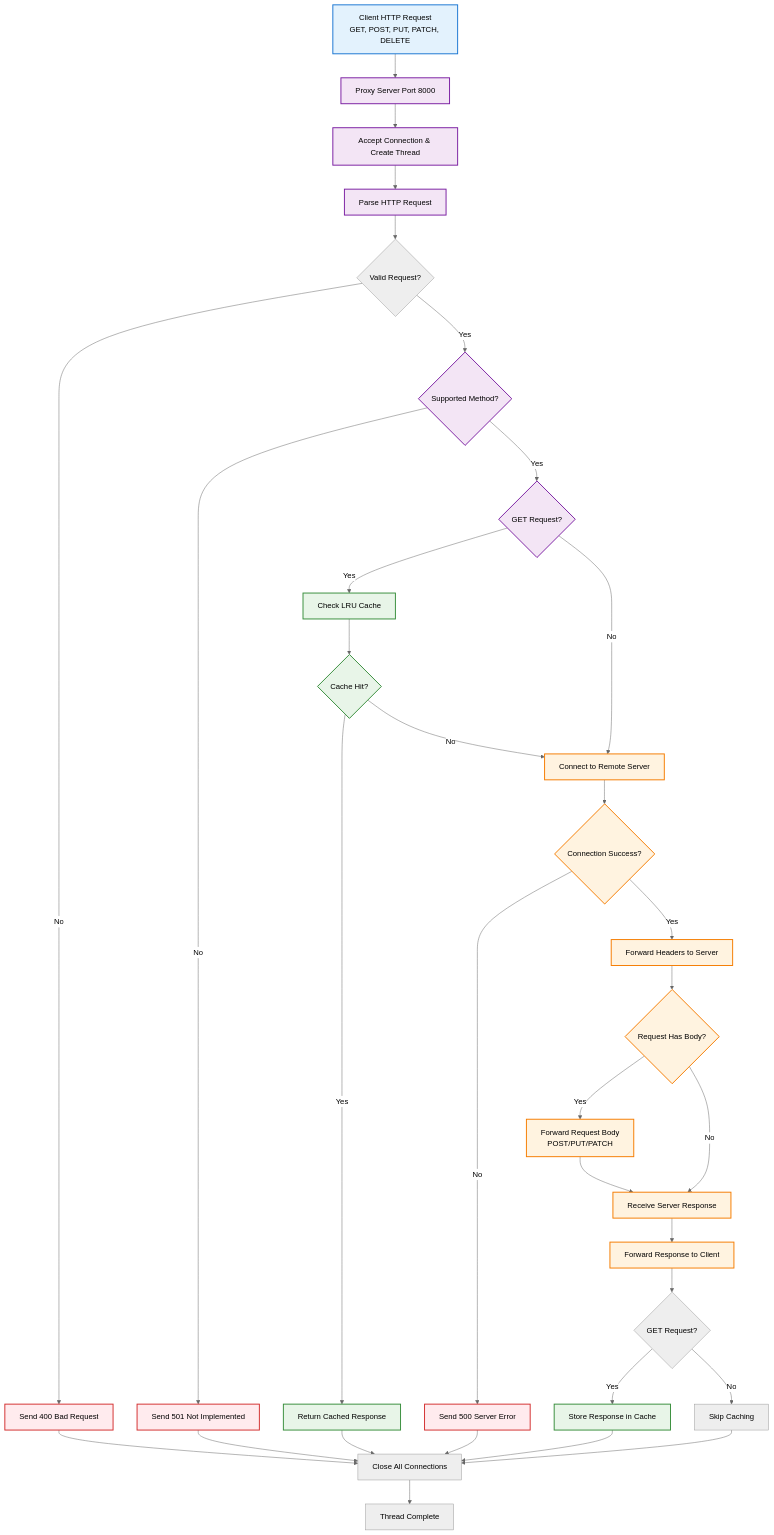
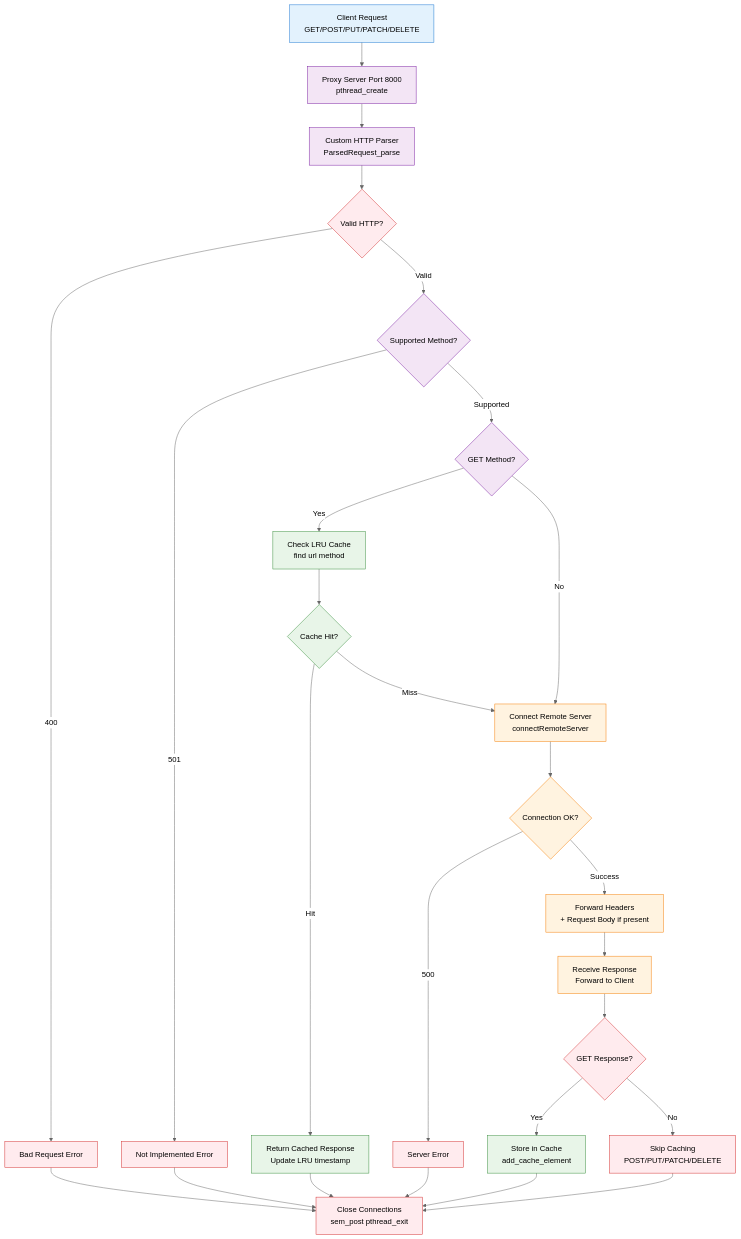
Before and after one commit to Soumalyakarak/MTPSC: the diagram in README.md, drawn with Mermaid (neutral theme).

````diff
--- a/README.md
+++ b/README.md
@@ -19,54 +19,44 @@
 ```mermaid
 flowchart TD
-    A[Client HTTP Request<br/>GET, POST, PUT, PATCH, DELETE] --> B[Proxy Server Port 8000]
-    B --> C[Accept Connection & Create Thread]
-    C --> D[Parse HTTP Request]
+    A[Client Request<br/>GET/POST/PUT/PATCH/DELETE] --> B[Proxy Server Port 8000<br/>pthread_create]
+    B --> C[Custom HTTP Parser<br/>ParsedRequest_parse]
+    C --> D{Valid HTTP?}
+    D -->|400| E[Bad Request Error]
+    D -->|Valid| F{Supported Method?}
+    F -->|501| G[Not Implemented Error]
+    F -->|Supported| H{GET Method?}
     
-    D --> E{Valid Request?}
-    E -->|No| F[Send 400 Bad Request]
-    E -->|Yes| G{Supported Method?}
+    H -->|Yes| I[Check LRU Cache<br/>find url method]
+    I --> J{Cache Hit?}
+    J -->|Hit| K[Return Cached Response<br/>Update LRU timestamp]
+    J -->|Miss| L[Connect Remote Server<br/>connectRemoteServer]
     
-    G -->|No| H[Send 501 Not Implemented]
-    G -->|Yes| I{GET Request?}
+    H -->|No| L
+    L --> M{Connection OK?}
+    M -->|500| N[Server Error]
+    M -->|Success| O[Forward Headers<br/>+ Request Body if present]
     
-    I -->|Yes| J[Check LRU Cache]
-    J --> K{Cache Hit?}
-    K -->|Yes| L[Return Cached Response]
-    K -->|No| M[Connect to Remote Server]
+    O --> P[Receive Response<br/>Forward to Client]
+    P --> Q{GET Response?}
+    Q -->|Yes| R[Store in Cache<br/>add_cache_element]
+    Q -->|No| S[Skip Caching<br/>POST/PUT/PATCH/DELETE]
     
-    I -->|No| M[Connect to Remote Server]
-    M --> N{Connection Success?}
-    N -->|No| O[Send 500 Server Error]
-    N -->|Yes| P[Forward Headers to Server]
-    
-    P --> Q{Request Has Body?}
-    Q -->|Yes| R[Forward Request Body<br/>POST/PUT/PATCH]
-    Q -->|No| S[Receive Server Response]
-    R --> S
-    
-    S --> T[Forward Response to Client]
-    T --> U{GET Request?}
-    U -->|Yes| V[Store Response in Cache]
-    U -->|No| W[Skip Caching]
-    
-    V --> X[Close All Connections]
-    W --> X
-    L --> X
-    F --> X
-    H --> X
-    O --> X
-    
-    X --> Y[Thread Complete]
+    R --> T[Close Connections<br/>sem_post pthread_exit]
+    S --> T
+    K --> T
+    E --> T
+    G --> T
+    N --> T
 
-    classDef client fill:#e3f2fd,stroke:#1976d2,stroke-width:2px
-    classDef proxy fill:#f3e5f5,stroke:#7b1fa2,stroke-width:2px
-    classDef cache fill:#e8f5e8,stroke:#388e3c,stroke-width:2px
-    classDef server fill:#fff3e0,stroke:#f57c00,stroke-width:2px
-    classDef error fill:#ffebee,stroke:#d32f2f,stroke-width:2px
-    
+    classDef client fill:#e3f2fd,stroke:#1976d2
+    classDef proxy fill:#f3e5f5,stroke:#7b1fa2
+    classDef cache fill:#e8f5e8,stroke:#388e3c
+    classDef server fill:#fff3e0,stroke:#f57c00
+    classDef error fill:#ffebee,stroke:#d32f2f
+
     class A client
-    class B,C,D,G,I proxy
-    class J,K,L,V cache
-    class M,N,P,Q,R,S,T server
-    class F,H,O error
+    class B,C,F,H proxy
+    class I,J,K,R cache
+    class L,M,O,P server
+    class D,E,G,N,Q,S,T error
 ```
````
